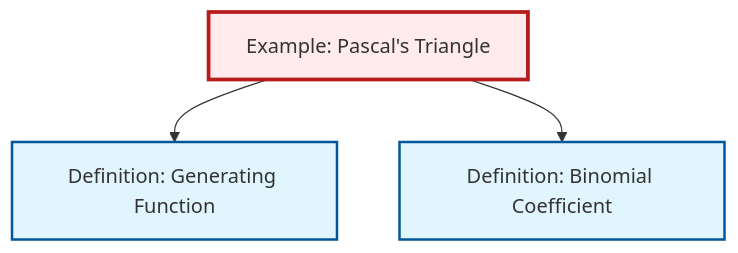
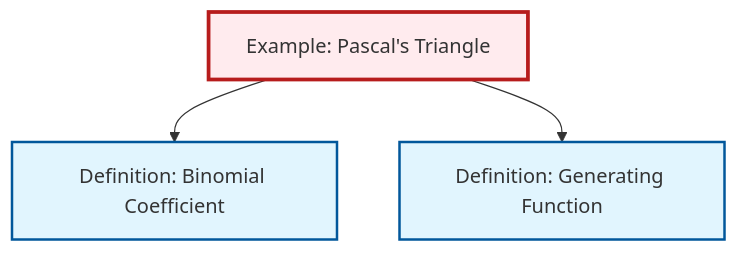
The diagram in content/en/combinatorics/ex-pascals-triangle.qmd (RK0429/ModernMath), drawn with Mermaid before and after one commit. The commit also changed other lines of this file and 1012 other files, not shown here.

````diff
--- a/content/en/combinatorics/ex-pascals-triangle.qmd
+++ b/content/en/combinatorics/ex-pascals-triangle.qmd
@@ -72,17 +72,17 @@
 ```{mermaid}
 %%| fig-cap: "Local dependency graph"
 graph TD
     classDef definition fill:#e1f5fe,stroke:#01579b,stroke-width:2px
     classDef theorem fill:#f3e5f5,stroke:#4a148c,stroke-width:2px
     classDef axiom fill:#fff3e0,stroke:#e65100,stroke-width:2px
     classDef example fill:#e8f5e9,stroke:#1b5e20,stroke-width:2px
     classDef current fill:#ffebee,stroke:#b71c1c,stroke-width:3px
     ex-pascals-triangle["Example: Pascal's Triangle"]:::example
+    def-binomial-coefficient["Definition: Binomial Coefficient"]:::definition
     def-generating-function["Definition: Generating Function"]:::definition
-    def-binomial-coefficient["Definition: Binomial Coefficient"]:::definition
+    ex-pascals-triangle --> def-binomial-coefficient
     ex-pascals-triangle --> def-generating-function
-    ex-pascals-triangle --> def-binomial-coefficient
     class ex-pascals-triangle current
+    click def-binomial-coefficient "def-binomial-coefficient.html" "Go to Binomial Coefficient definition"
     click def-generating-function "def-generating-function.html" "Go to Generating Function definition"
-    click def-binomial-coefficient "def-binomial-coefficient.html" "Go to Binomial Coefficient definition"
 ```
````
